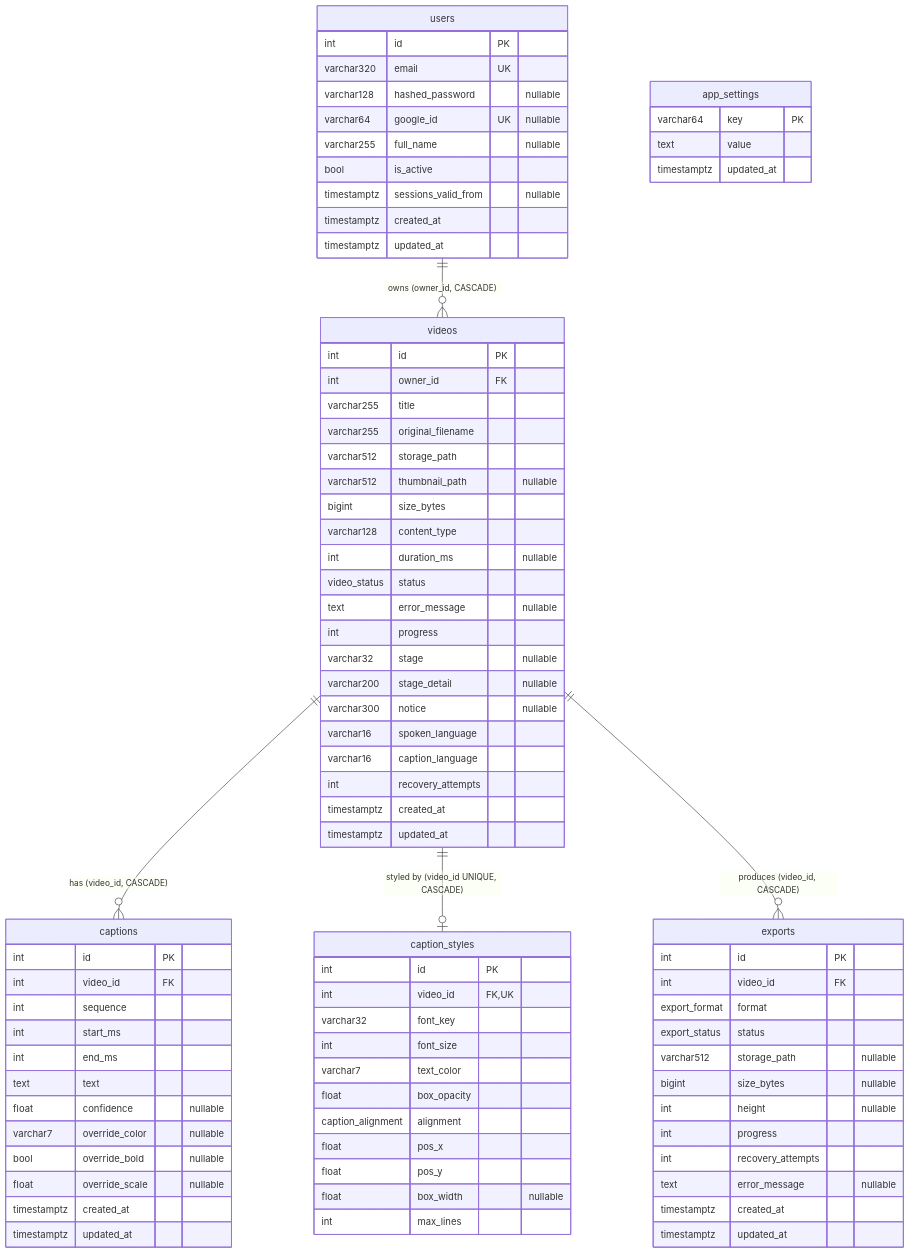
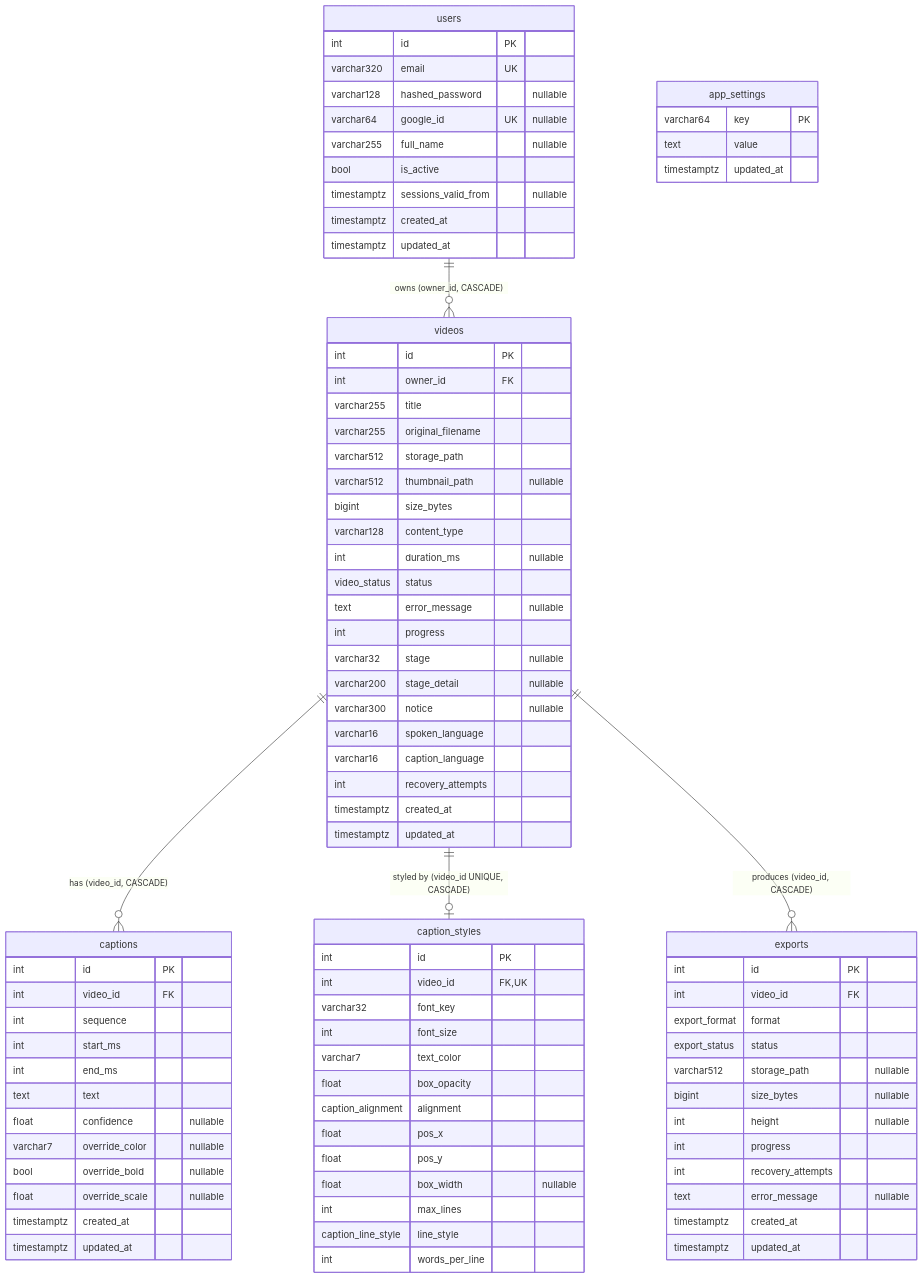
Before and after one commit to Tanush1206/Video-Caption-Maker: the diagram in docs/DATABASE.md, drawn with Mermaid. The commit also changed other lines of this file and 4 other files, not shown here.

Commit message:
docs: caption line control (PRD, design system, API, data model)

```diff
--- a/docs/DATABASE.md
+++ b/docs/DATABASE.md
@@ -128,6 +128,8 @@
         float pos_y
         float box_width "nullable"
         int max_lines
+        caption_line_style line_style
+        int words_per_line
     }
     exports {
         int id PK
```
